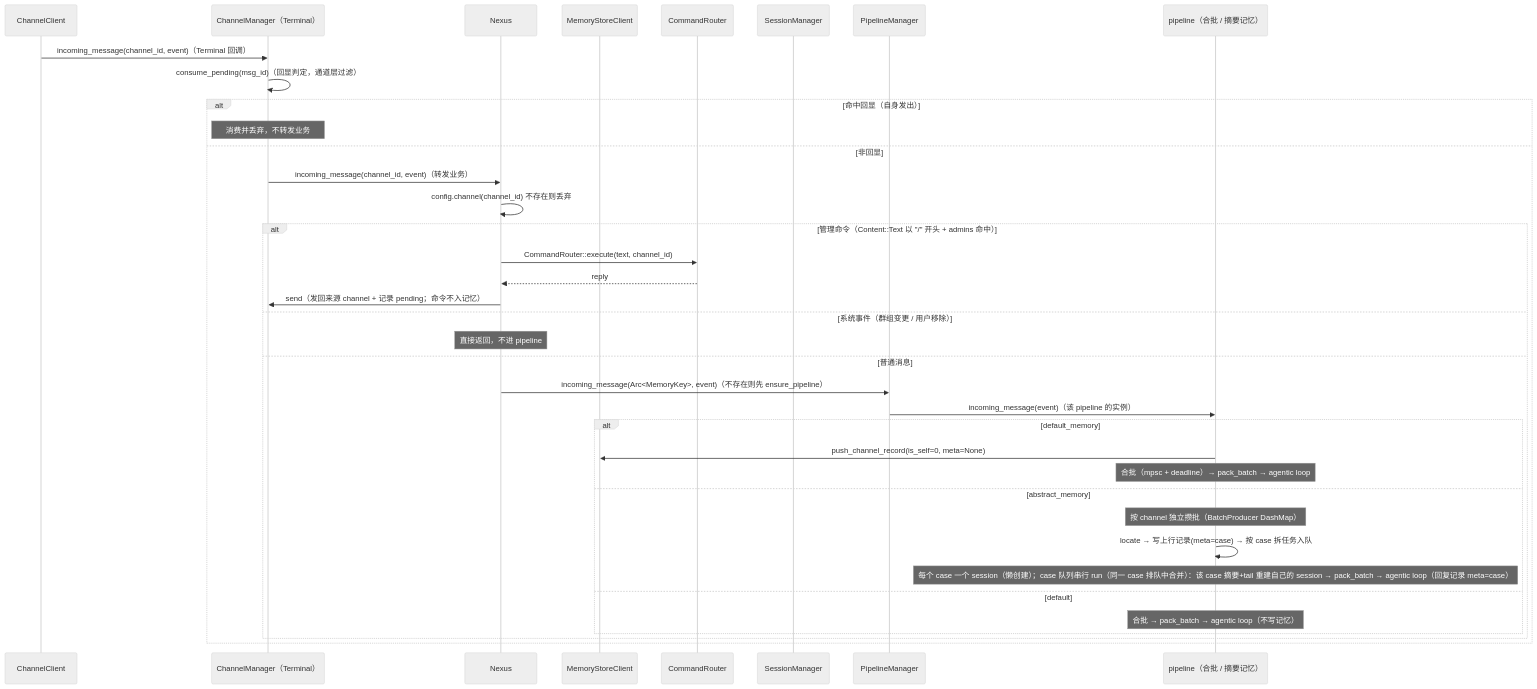
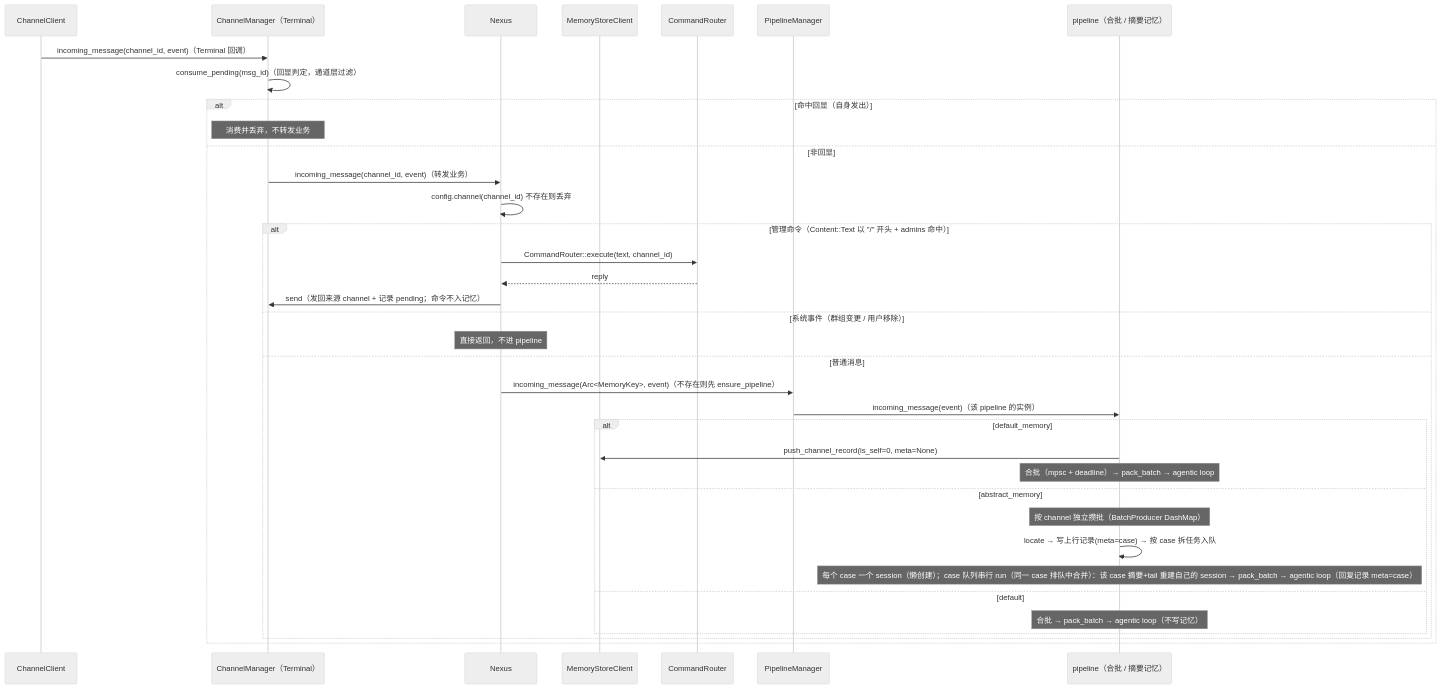
Before and after one commit to coldcloude/kissbot: the third of 5 diagrams in docs/spec/agent-modules.md, drawn with Mermaid (neutral theme). The commit also changed other lines of this file and 12 other files, not shown here.

````diff
--- a/docs/spec/agent-modules.md
+++ b/docs/spec/agent-modules.md
@@ -142,40 +138,39 @@
 ```mermaid
 sequenceDiagram
     participant CC as ChannelClient
     participant CHM as ChannelManager（Terminal）
     participant CO as Nexus
     participant MSC as MemoryStoreClient
     participant CRT as CommandRouter
-    participant SM as SessionManager
     participant PLS as PipelineManager
     participant IP as pipeline（合批 / 摘要记忆）
 
     CC->>CHM: incoming_message(channel_id, event)（Terminal 回调）
     CHM->>CHM: consume_pending(msg_id)（回显判定，通道层过滤）
     alt 命中回显（自身发出）
         Note over CHM: 消费并丢弃，不转发业务
     else 非回显
         CHM->>CO: incoming_message(channel_id, event)（转发业务）
         CO->>CO: config.channel(channel_id) 不存在则丢弃
         alt 管理命令（Content::Text 以 "/" 开头 + admins 命中）
             CO->>CRT: CommandRouter::execute(text, channel_id)
             CRT-->>CO: reply
             CO->>CHM: send（发回来源 channel + 记录 pending；命令不入记忆）
         else 系统事件（群组变更 / 用户移除）
             Note over CO: 直接返回，不进 pipeline
         else 普通消息
             CO->>PLS: incoming_message(Arc<MemoryKey>, event)（不存在则先 ensure_pipeline）
             PLS->>IP: incoming_message(event)（该 pipeline 的实例）
             alt default_memory
                 IP->>MSC: push_channel_record(is_self=0, meta=None)
                 Note over IP: 合批（mpsc + deadline）→ pack_batch → agentic loop
             else abstract_memory
                 Note over IP: 按 channel 独立攒批（BatchProducer DashMap）
                 IP->>IP: locate → 写上行记录(meta=case) → 按 case 拆任务入队
                 Note over IP: 每个 case 一个 session（懒创建）；case 队列串行 run（同一 case 排队中合并）：该 case 摘要+tail 重建自己的 session → pack_batch → agentic loop（回复记录 meta=case）
             else default
                 Note over IP: 合批 → pack_batch → agentic loop（不写记忆）
             end
         end
     end
 ```
````
